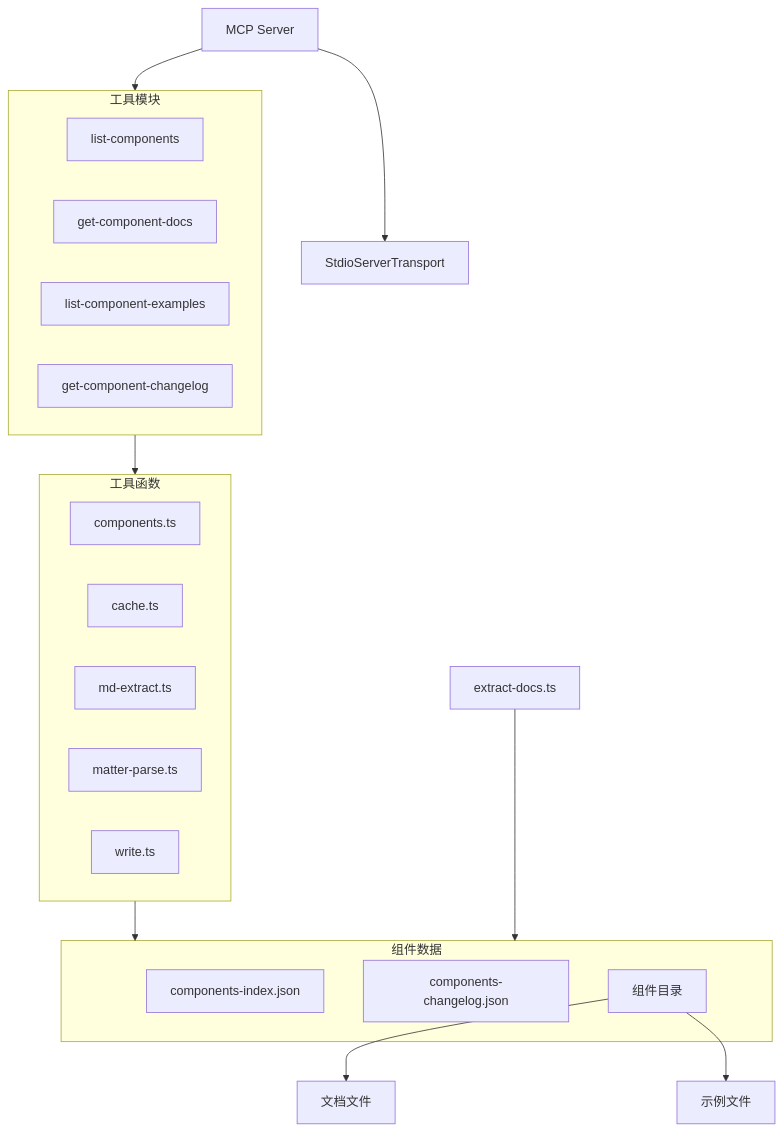
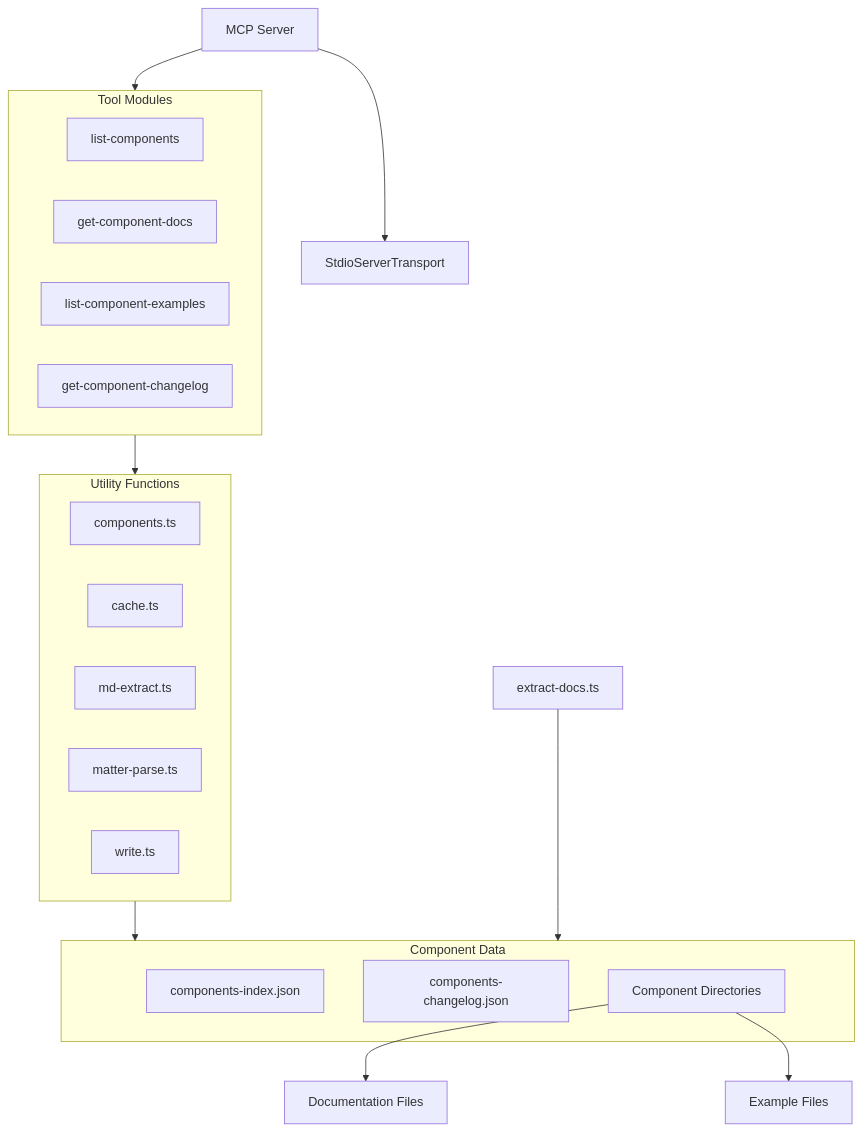
The first of 4 diagrams in README.md (zhixiaoqiang/antd-components-mcp), drawn with Mermaid before and after one commit. The commit also changed other lines of this file and 2 other files, not shown here.

````diff
--- a/README.md
+++ b/README.md
@@ -164,41 +169,41 @@
 ```mermaid
 graph TD
-    %% 主要模块
+    %% Main modules
     Server[MCP Server] --> Tools
     Server --> Transport[StdioServerTransport]
     
-    %% 工具模块
-    subgraph Tools[工具模块]
+    %% Tool modules
+    subgraph Tools[Tool Modules]
         ListComponents[list-components]
         GetDocs[get-component-docs]
         ListExamples[list-component-examples]
         GetChangelog[get-component-changelog]
     end
     
-    %% 工具依赖的工具函数
+    %% Tool utility functions
     Tools --> Utils
     
-    subgraph Utils[工具函数]
+    subgraph Utils[Utility Functions]
         Components[components.ts]
         Cache[cache.ts]
         MdExtract[md-extract.ts]
         MatterParse[matter-parse.ts]
         Write[write.ts]
     end
     
-    %% 数据存储
+    %% Data storage
     Utils --> ComponentData
     
-    subgraph ComponentData[组件数据]
+    subgraph ComponentData[Component Data]
         CompIndex[components-index.json]
         CompChangelog[components-changelog.json]
-        CompDirs[组件目录]
+        CompDirs[Component Directories]
     end
     
-    %% 组件目录详情
-    CompDirs --> DocFiles[文档文件]
-    CompDirs --> ExampleFiles[示例文件]
+    %% Component directory details
+    CompDirs --> DocFiles[Documentation Files]
+    CompDirs --> ExampleFiles[Example Files]
     
-    %% 数据提取脚本
+    %% Data extraction script
     Scripts[extract-docs.ts] --> ComponentData
 ```
````
